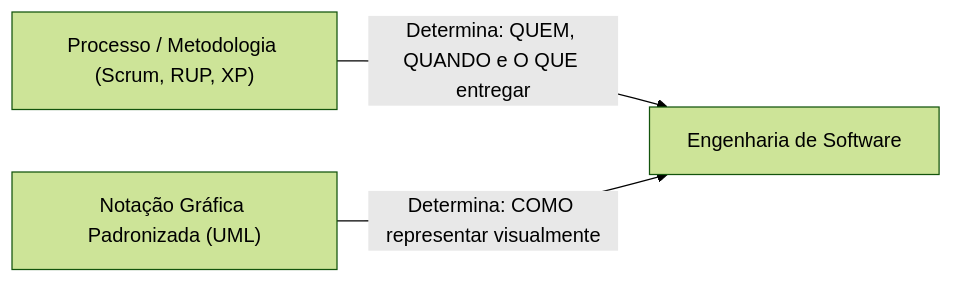
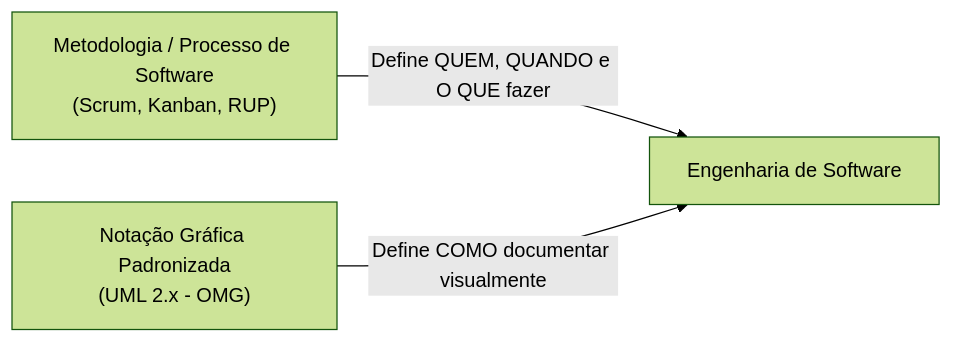
Before and after one commit to murilolol/unifef: diagram 13 of 24 in 4º Semestre/[Prof. Wesley Soares] Engenharia de Software II/Resumos-IA/Simulados-Comentados.md, drawn with Mermaid (forest theme). The commit also changed other lines of this file and 10 other files, not shown here.

````diff
--- a/4º Semestre/[Prof. Wesley Soares] Engenharia de Software II/Resumos-IA/Simulados-Comentados.md
+++ b/4º Semestre/[Prof. Wesley Soares] Engenharia de Software II/Resumos-IA/Simulados-Comentados.md
@@ -730,5 +747,5 @@
 ```mermaid
 flowchart LR
- Processo["Processo / Metodologia (Scrum, RUP, XP)"] -->|"Determina: QUEM, QUANDO e O QUE entregar"| Eng["Engenharia de Software"]
- Notacao["Notação Gráfica Padronizada (UML)"] -->|"Determina: COMO representar visualmente"| Eng
+    P["Metodologia / Processo de Software<br>(Scrum, Kanban, RUP)"] -->|"Define QUEM, QUANDO e O QUE fazer"| ES["Engenharia de Software"]
+    U["Notação Gráfica Padronizada<br>(UML 2.x - OMG)"] -->|"Define COMO documentar visualmente"| ES
 ```
````
